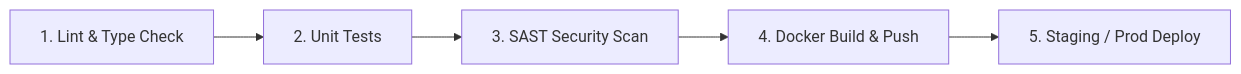
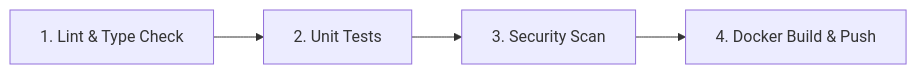
Before and after one commit to AnasBabari/stock-predictor-lstm: the diagram in README.md, drawn with Mermaid. The commit also changed other lines of this file and 8 other files, not shown here.

````diff
--- a/README.md
+++ b/README.md
@@ -164,7 +169,6 @@
 ```mermaid
 graph LR
     Lint[1. Lint & Type Check] --> Test[2. Unit Tests]
-    Test --> Security[3. SAST Security Scan]
+    Test --> Security[3. Security Scan]
     Security --> Build[4. Docker Build & Push]
-    Build --> Deploy[5. Staging / Prod Deploy]
 ```
````
